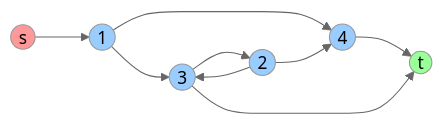
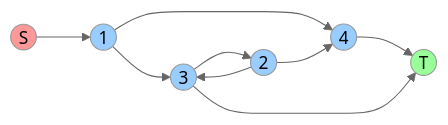
The diagram in Docs/graph.md (ctorrescuadra/TaesLab), drawn with Mermaid (neutral theme) before and after one commit. The commit also changed other lines of this file and 6 other files, not shown here.

````diff
--- a/Docs/graph.md
+++ b/Docs/graph.md
@@ -5,27 +92,27 @@
 ```mermaid
-    flowchart LR
+    graph LR
         %% Nodes definition
-        IN@{shape: circle, label: "s"}
-        CMB@{shape: circle, label: "1"}
-        CMP@{shape: circle, label: "2"}
-        GTRB@{shape: circle, label: "3"}
-        HRSG@{shape: circle, label: "4"}
-        OUT@{shape: circle, label: "t"}
+        IN((S))
+        CMB(("1"))
+        CMP(("2"))
+        GTRB(("3"))
+        HRSG(("4"))
+        OUT((T))
         
         %% Edges definition    
         IN --> CMB
         CMB --> GTRB & HRSG
         GTRB --> CMP
         CMP --> GTRB & HRSG
         HRSG --> OUT
         GTRB --> OUT
 
         %% Define general types
         classDef resource fill:#ff9999,color:#000000
         classDef internal fill:#99ccff,color:#000000
         classDef output fill:#99ff99,color:#000000
         %% Assign types to nods  
         class IN resource
         class CMB,GTRB,CMP,HRSG internal
         class OUT output
 ```
````
